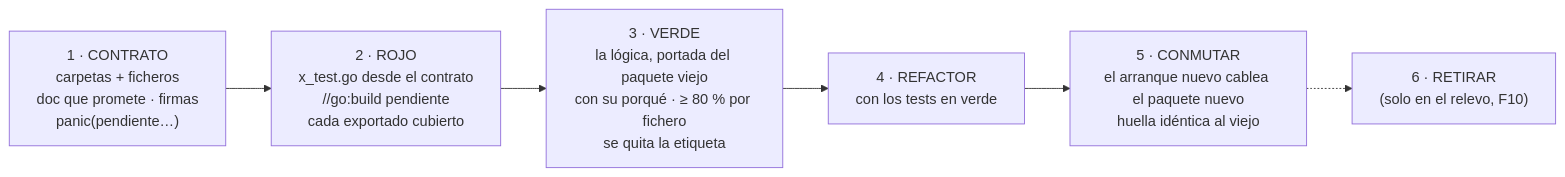
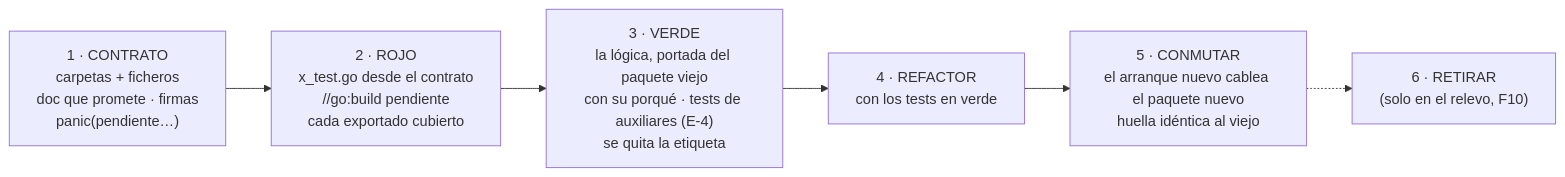
Before and after one commit to EduGoGroup/wapp-cloud-platform: the diagram in documentations/reorganizacion-modular/05-metodo-contratos-y-tdd.md, drawn with Mermaid. The commit also changed other lines of this file and 5 other files, not shown here.

````diff
--- a/documentations/reorganizacion-modular/05-metodo-contratos-y-tdd.md
+++ b/documentations/reorganizacion-modular/05-metodo-contratos-y-tdd.md
@@ -259,8 +307,8 @@
 ```mermaid
 flowchart LR
   C["1 · CONTRATO<br/>carpetas + ficheros<br/>doc que promete · firmas<br/>panic(pendiente…)"] --> R["2 · ROJO<br/>x_test.go desde el contrato<br/>//go:build pendiente<br/>cada exportado cubierto"]
-  R --> V["3 · VERDE<br/>la lógica, portada del paquete viejo<br/>con su porqué · ≥ 80 % por fichero<br/>se quita la etiqueta"]
+  R --> V["3 · VERDE<br/>la lógica, portada del paquete viejo<br/>con su porqué · tests de auxiliares (E-4)<br/>se quita la etiqueta"]
   V --> F["4 · REFACTOR<br/>con los tests en verde"]
   F --> K["5 · CONMUTAR<br/>el arranque nuevo cablea el paquete nuevo<br/>huella idéntica al viejo"]
   K -.-> RET["6 · RETIRAR<br/>(solo en el relevo, F10)"]
 ```
````
